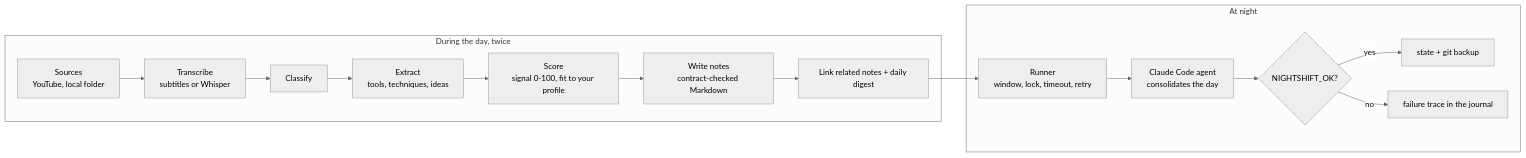
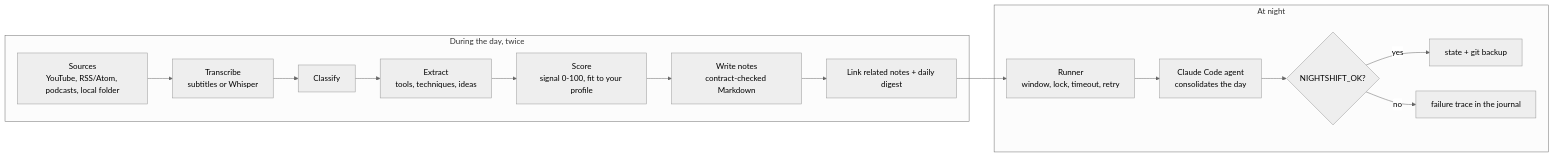
Before and after one commit to martinbouvet2000-tech/nightshift: the diagram in README.md, drawn with Mermaid (neutral theme). The commit also changed other lines of this file and 9 other files, not shown here.

Commit message:
feat(pipeline): RSS/Atom source with podcast transcripts, standard library only (closes #1)

````diff
--- a/README.md
+++ b/README.md
@@ -48,18 +49,18 @@
 ```mermaid
 flowchart LR
   subgraph day [During the day, twice]
-    A[Sources<br/>YouTube, local folder] --> B[Transcribe<br/>subtitles or Whisper]
+    A[Sources<br/>YouTube, RSS/Atom, podcasts, local folder] --> B[Transcribe<br/>subtitles or Whisper]
     B --> C[Classify]
     C --> D[Extract<br/>tools, techniques, ideas]
     D --> E[Score<br/>signal 0-100, fit to your profile]
     E --> F[Write notes<br/>contract-checked Markdown]
     F --> G[Link related notes + daily digest]
   end
   subgraph night [At night]
     H[Runner<br/>window, lock, timeout, retry] --> I[Claude Code agent<br/>consolidates the day]
     I --> J{NIGHTSHIFT_OK?}
     J -- yes --> K[state + git backup]
     J -- no --> L[failure trace in the journal]
   end
   G --> H
 ```
````
